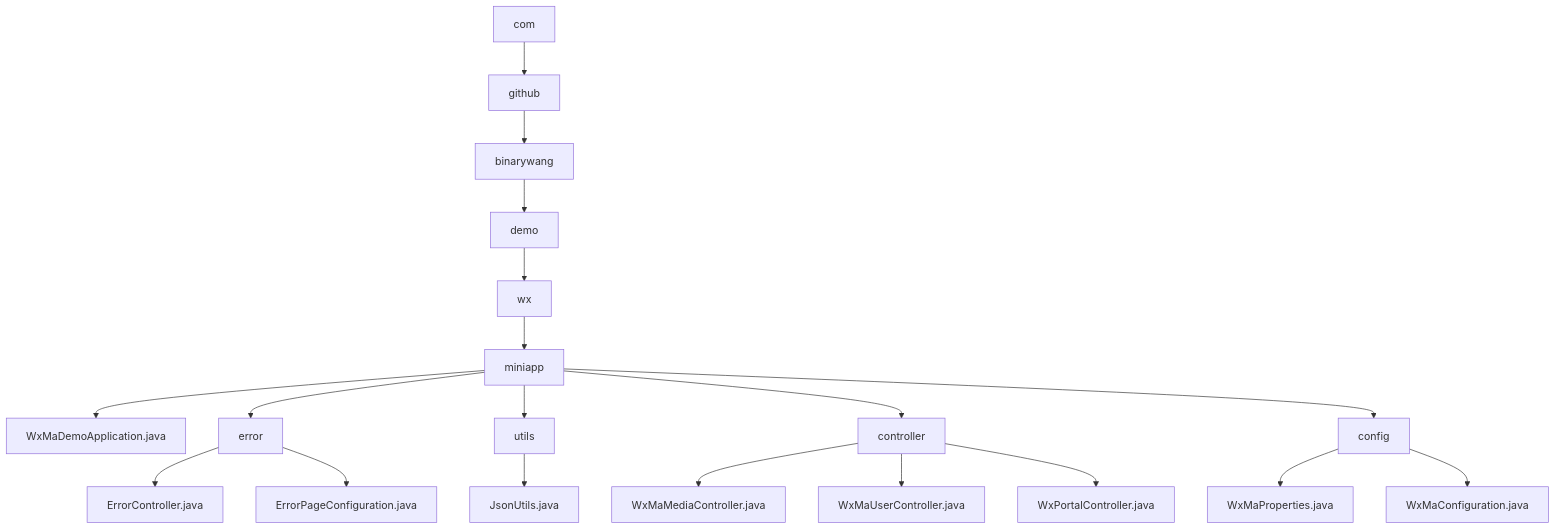
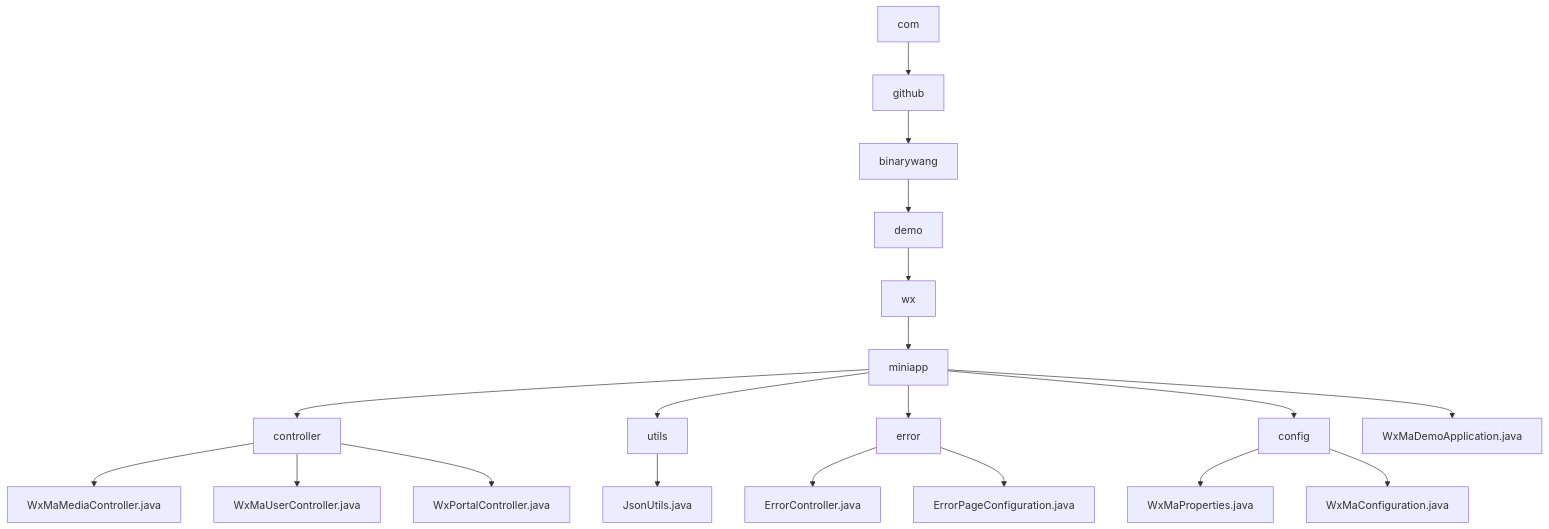
One commit to v-wjrong/rongwj666_weixin-java-miniapp-demo changed the diagram in docs/en/docs/src/main/java/com/_module.md. Above: the diagram before and after it, drawn with Mermaid. The commit also changed other lines of this file and 46 other files, not shown here.

````diff
--- a/docs/en/docs/src/main/java/com/_module.md
+++ b/docs/en/docs/src/main/java/com/_module.md
@@ -22,21 +22,21 @@
 ```mermaid
 graph TD
     com --> github
     github --> binarywang
     binarywang --> demo
     demo --> wx
     wx --> miniapp
+    miniapp --> controller
+    miniapp --> utils
+    miniapp --> error
+    miniapp --> config
     miniapp --> WxMaDemoApplication.java
-    miniapp --> error
-    miniapp --> utils
-    miniapp --> controller
-    miniapp --> config
-    error --> ErrorController.java
-    error --> ErrorPageConfiguration.java
-    utils --> JsonUtils.java
     controller --> WxMaMediaController.java
     controller --> WxMaUserController.java
     controller --> WxPortalController.java
+    utils --> JsonUtils.java
+    error --> ErrorController.java
+    error --> ErrorPageConfiguration.java
     config --> WxMaProperties.java
     config --> WxMaConfiguration.java
 ```
````
